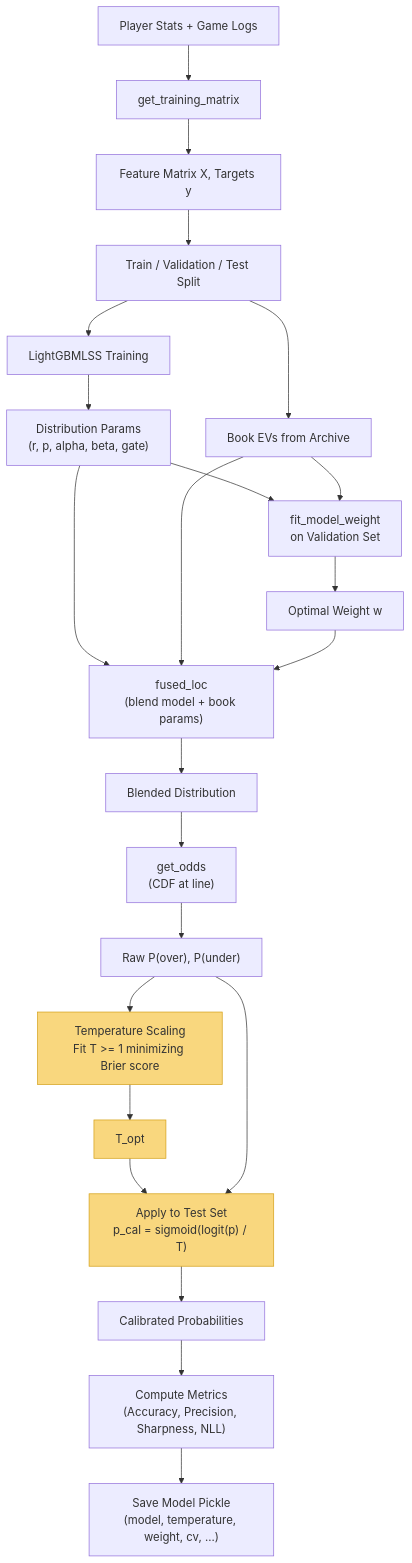
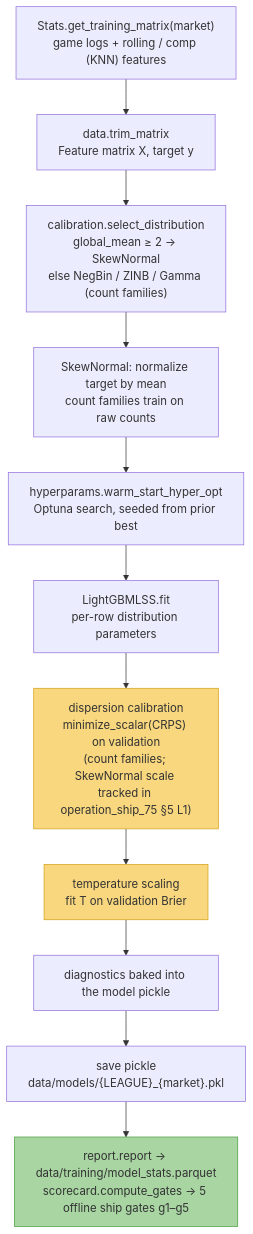
One commit to tjjerome/Sportstradamus changed the first of 2 diagrams in docs/pipeline_diagrams.md. Above: the diagram before and after it, drawn with Mermaid. The commit also changed other lines of this file and 63 other files, not shown here.

````diff
--- a/docs/pipeline_diagrams.md
+++ b/docs/pipeline_diagrams.md
@@ -5,37 +11,17 @@
 ```mermaid
 flowchart TD
-    A[Player Stats + Game Logs] --> B[get_training_matrix]
-    B --> C[Feature Matrix X, Targets y]
-    C --> D[Train / Validation / Test Split]
+    A["Stats.get_training_matrix(market)<br/>game logs + rolling / comp (KNN) features"] --> B["data.trim_matrix<br/>Feature matrix X, target y"]
+    B --> C["calibration.select_distribution<br/>global_mean ≥ 2 → SkewNormal<br/>else NegBin / ZINB / Gamma (count families)"]
+    C --> D["SkewNormal: normalize target by mean<br/>count families train on raw counts"]
+    D --> E["hyperparams.warm_start_hyper_opt<br/>Optuna search, seeded from prior best"]
+    E --> F["LightGBMLSS.fit<br/>per-row distribution parameters"]
+    F --> G["dispersion calibration<br/>minimize_scalar(CRPS) on validation<br/>(count families; SkewNormal scale tracked in operation_ship_75 §5 L1)"]
+    G --> H["temperature scaling<br/>fit T on validation Brier"]
+    H --> I["diagnostics baked into the model pickle"]
+    I --> J["save pickle<br/>data/models/{LEAGUE}_{market}.pkl"]
+    J --> K["report.report → data/training/model_stats.parquet<br/>scorecard.compute_gates → 5 offline ship gates g1–g5"]
 
-    D --> E[LightGBMLSS Training]
-    E --> F["Distribution Params<br/>(r, p, alpha, beta, gate)"]
-
-    D --> G[Book EVs from Archive]
-
-    F --> H[fit_model_weight<br/>on Validation Set]
-    G --> H
-    H --> I["Optimal Weight w"]
-
-    F --> J["fused_loc<br/>(blend model + book params)"]
-    G --> J
-    I --> J
-    J --> K[Blended Distribution]
-
-    K --> L["get_odds<br/>(CDF at line)"]
-    L --> M["Raw P(over), P(under)"]
-
-    M --> N["Temperature Scaling<br/>Fit T >= 1 minimizing Brier score"]
-    N --> O["T_opt"]
-
-    O --> P["Apply to Test Set<br/>p_cal = sigmoid(logit(p) / T)"]
-    M --> P
-    P --> Q["Calibrated Probabilities"]
-
-    Q --> R["Compute Metrics<br/>(Accuracy, Precision, Sharpness, NLL)"]
-    R --> S["Save Model Pickle<br/>(model, temperature, weight, cv, ...)"]
-
-    style N fill:#f9d77e,stroke:#d4a017
-    style O fill:#f9d77e,stroke:#d4a017
-    style P fill:#f9d77e,stroke:#d4a017
+    style G fill:#f9d77e,stroke:#d4a017
+    style H fill:#f9d77e,stroke:#d4a017
+    style K fill:#a8d5a2,stroke:#4a9e3f
 ```
````
